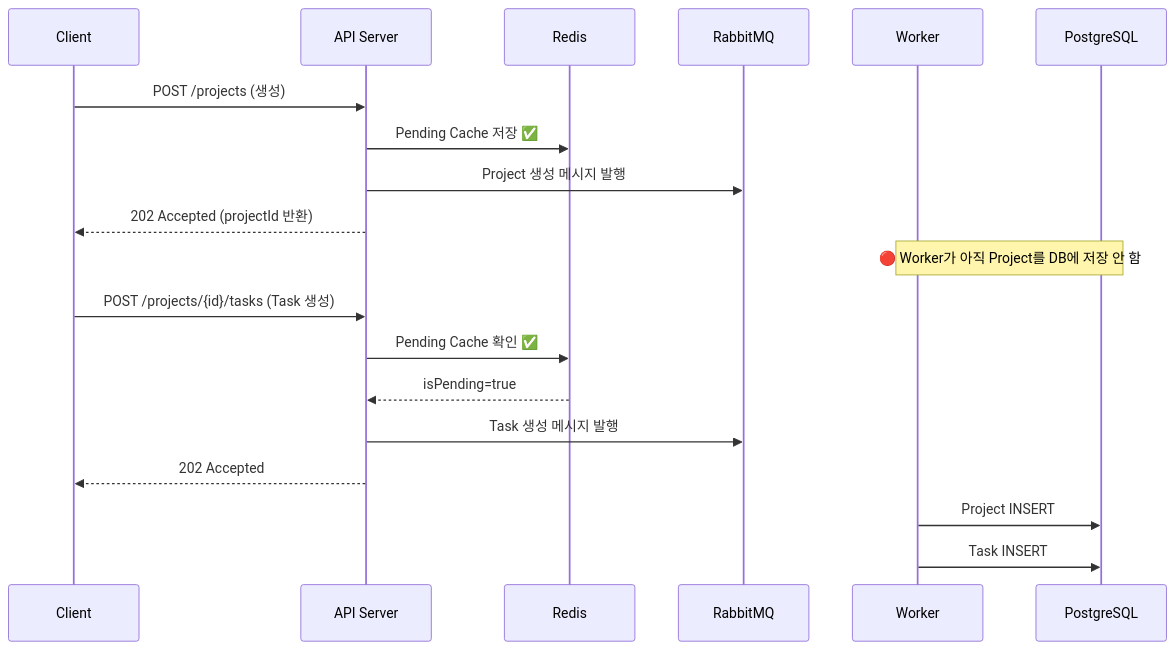
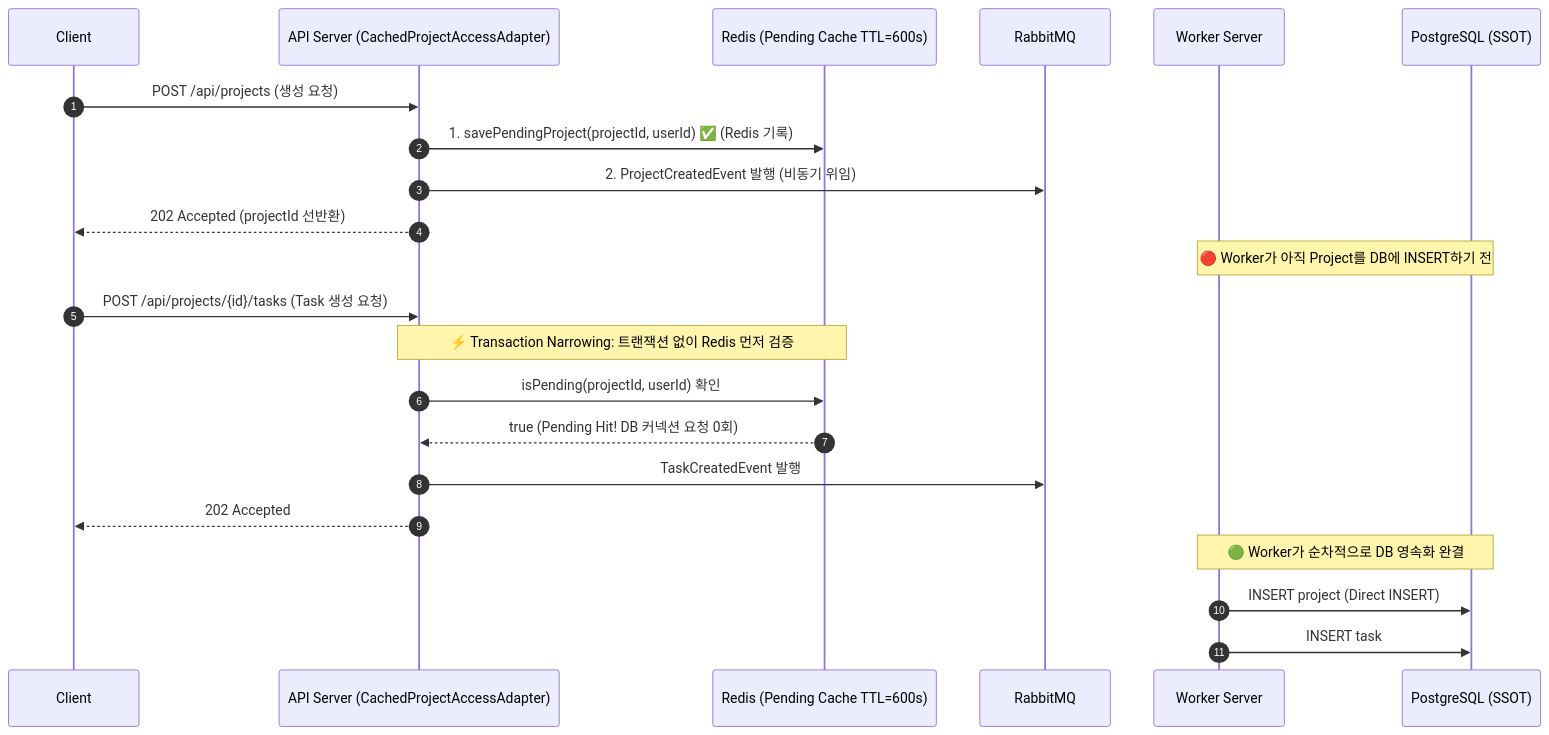
One commit to ramyo564/L_N_Project changed the first of 4 diagrams in Backend/ConcurrencyControl.md. Above: the diagram before and after it, drawn with Mermaid. The commit also changed other lines of this file and 5 other files, not shown here.

````diff
--- a/Backend/ConcurrencyControl.md
+++ b/Backend/ConcurrencyControl.md
@@ -28,25 +40,28 @@
 ```mermaid
 sequenceDiagram
+    autonumber
     participant C as Client
-    participant API as API Server
-    participant R as Redis
+    participant API as API Server (CachedProjectAccessAdapter)
+    participant R as Redis (Pending Cache TTL=600s)
     participant MQ as RabbitMQ
-    participant W as Worker
-    participant DB as PostgreSQL
+    participant W as Worker Server
+    participant DB as PostgreSQL (SSOT)
 
-    C->>API: POST /projects (생성)
-    API->>R: Pending Cache 저장 ✅
-    API->>MQ: Project 생성 메시지 발행
-    API-->>C: 202 Accepted (projectId 반환)
+    C->>API: POST /api/projects (생성 요청)
+    API->>R: 1. savePendingProject(projectId, userId) ✅ (Redis 기록)
+    API->>MQ: 2. ProjectCreatedEvent 발행 (비동기 위임)
+    API-->>C: 202 Accepted (projectId 선반환)
     
-    Note over W,DB: 🔴 Worker가 아직 Project를 DB에 저장 안 함
+    Note over W,DB: 🔴 Worker가 아직 Project를 DB에 INSERT하기 전
     
-    C->>API: POST /projects/{id}/tasks (Task 생성)
-    API->>R: Pending Cache 확인 ✅
-    R-->>API: isPending=true
-    API->>MQ: Task 생성 메시지 발행
+    C->>API: POST /api/projects/{id}/tasks (Task 생성 요청)
+    Note over API,R: ⚡ Transaction Narrowing: 트랜잭션 없이 Redis 먼저 검증
+    API->>R: isPending(projectId, userId) 확인
+    R-->>API: true (Pending Hit! DB 커넥션 요청 0회)
+    API->>MQ: TaskCreatedEvent 발행
     API-->>C: 202 Accepted
     
-    W->>DB: Project INSERT
-    W->>DB: Task INSERT
+    Note over W,DB: 🟢 Worker가 순차적으로 DB 영속화 완결
+    W->>DB: INSERT project (Direct INSERT)
+    W->>DB: INSERT task
 ```
````
